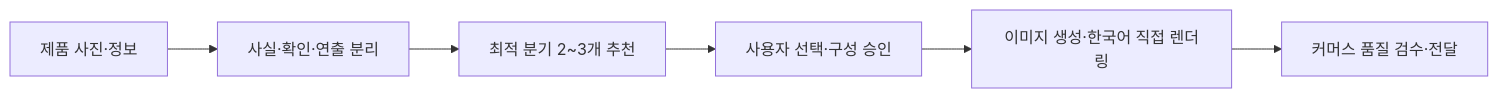
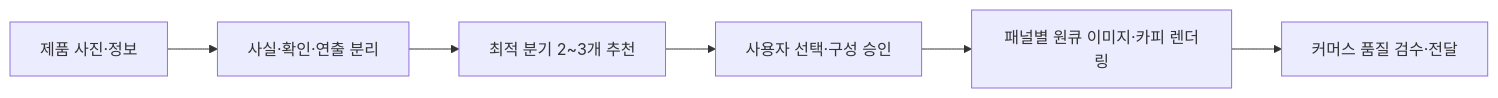
The diagram in README.md (techtreecoltd/machinebot-sangse-maker), drawn with Mermaid before and after one commit. The commit also changed other lines of this file and 15 other files, not shown here.

````diff
--- a/README.md
+++ b/README.md
@@ -36,8 +36,8 @@
 ```mermaid
 flowchart LR
     A[제품 사진·정보] --> B[사실·확인·연출 분리]
     B --> C[최적 분기 2~3개 추천]
     C --> D[사용자 선택·구성 승인]
-    D --> E[이미지 생성·한국어 직접 렌더링]
+    D --> E[패널별 원큐 이미지·카피 렌더링]
     E --> F[커머스 품질 검수·전달]
 ```
````
